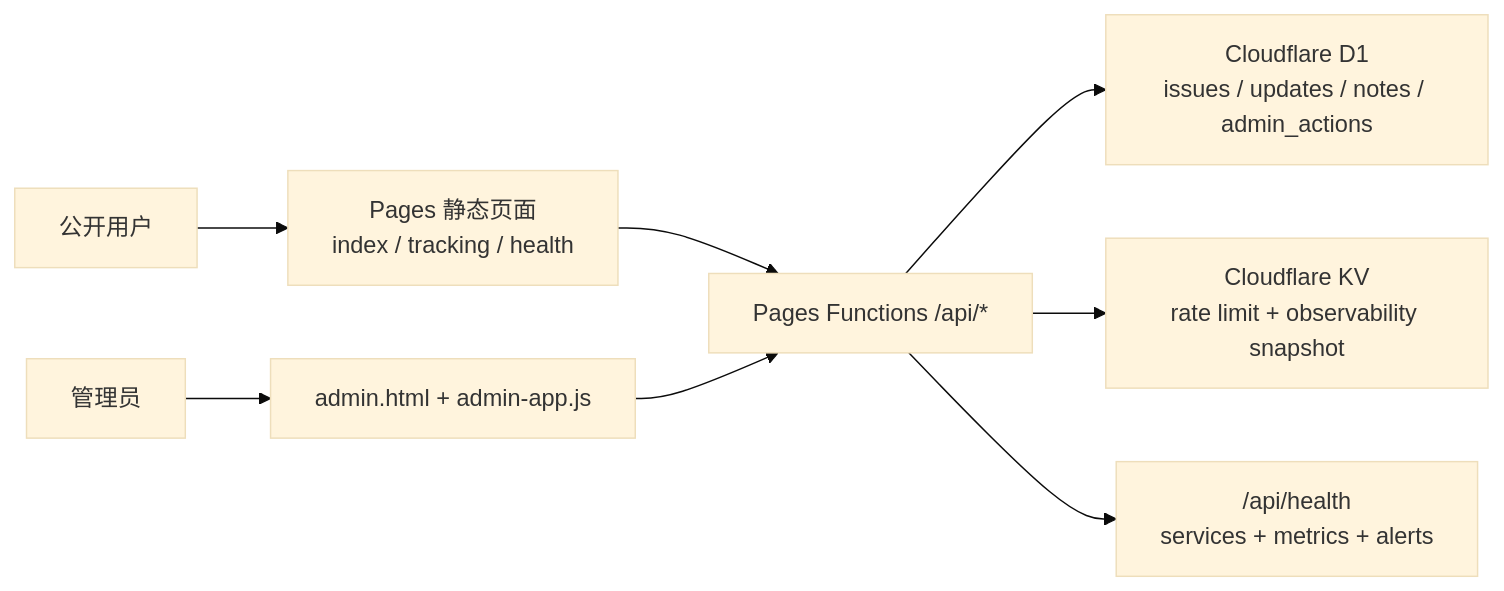
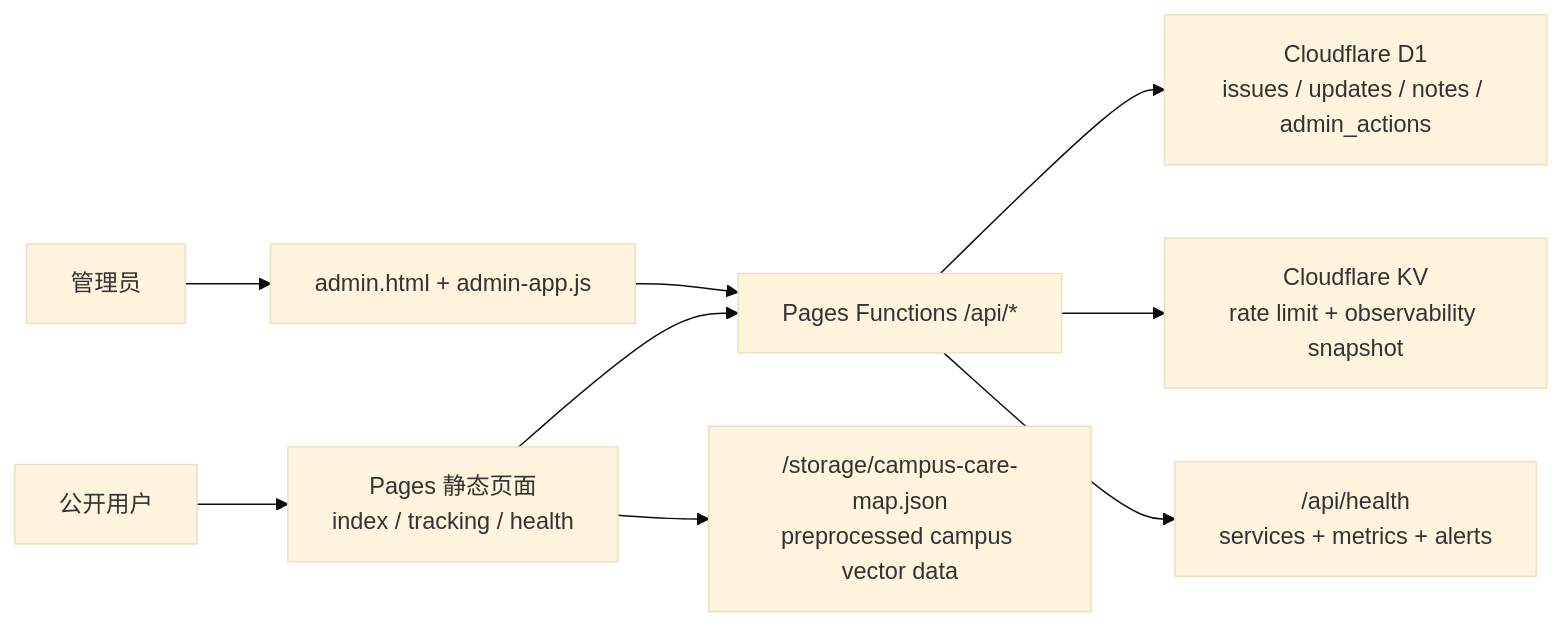
One commit to Calvin-Xia/web_message changed the diagram in README.md. Above: the diagram before and after it, drawn with Mermaid (base theme). The commit also changed other lines of this file and 21 other files, not shown here.

Commit message:
Add campus heat map integration

````diff
--- a/README.md
+++ b/README.md
@@ -23,10 +25,11 @@
 ```mermaid
 flowchart LR
     User["公开用户"] --> Static["Pages 静态页面\nindex / tracking / health"]
     Admin["管理员"] --> AdminUI["admin.html + admin-app.js"]
     Static --> API["Pages Functions /api/*"]
+    Static --> MapAsset["/storage/campus-care-map.json\npreprocessed campus vector data"]
     AdminUI --> API
     API --> D1["Cloudflare D1\nissues / updates / notes / admin_actions"]
     API --> KV["Cloudflare KV\nrate limit + observability snapshot"]
     API --> Health["/api/health\nservices + metrics + alerts"]
 ```
````
